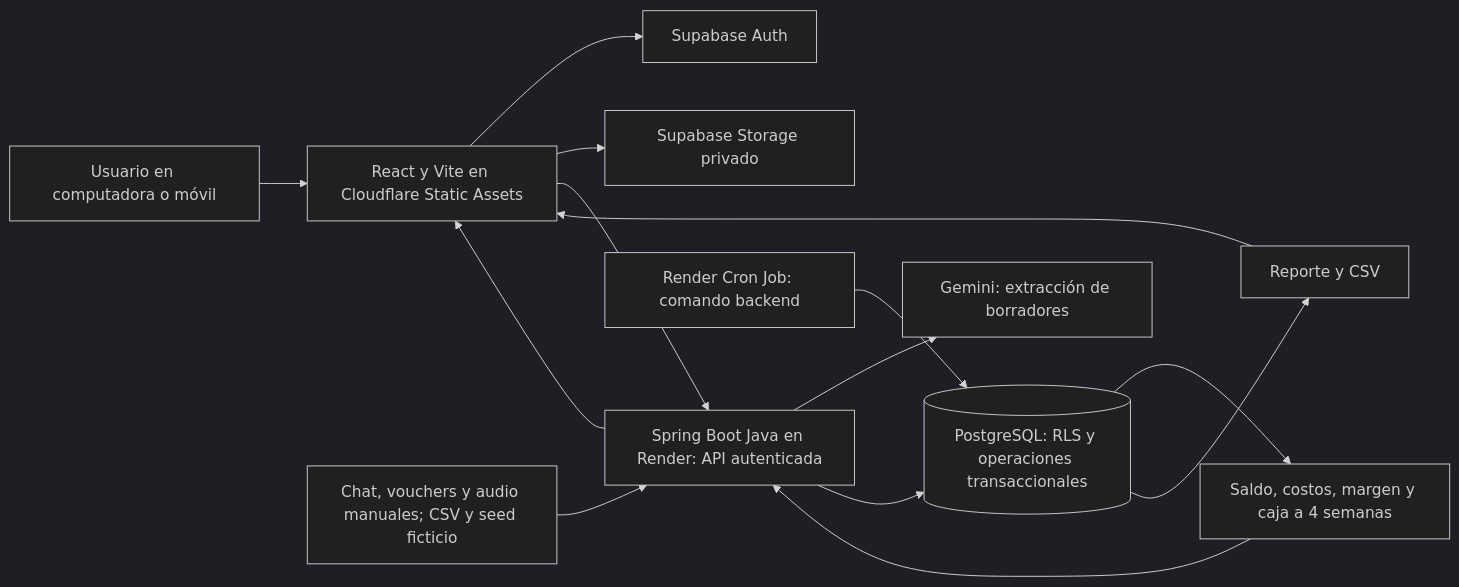
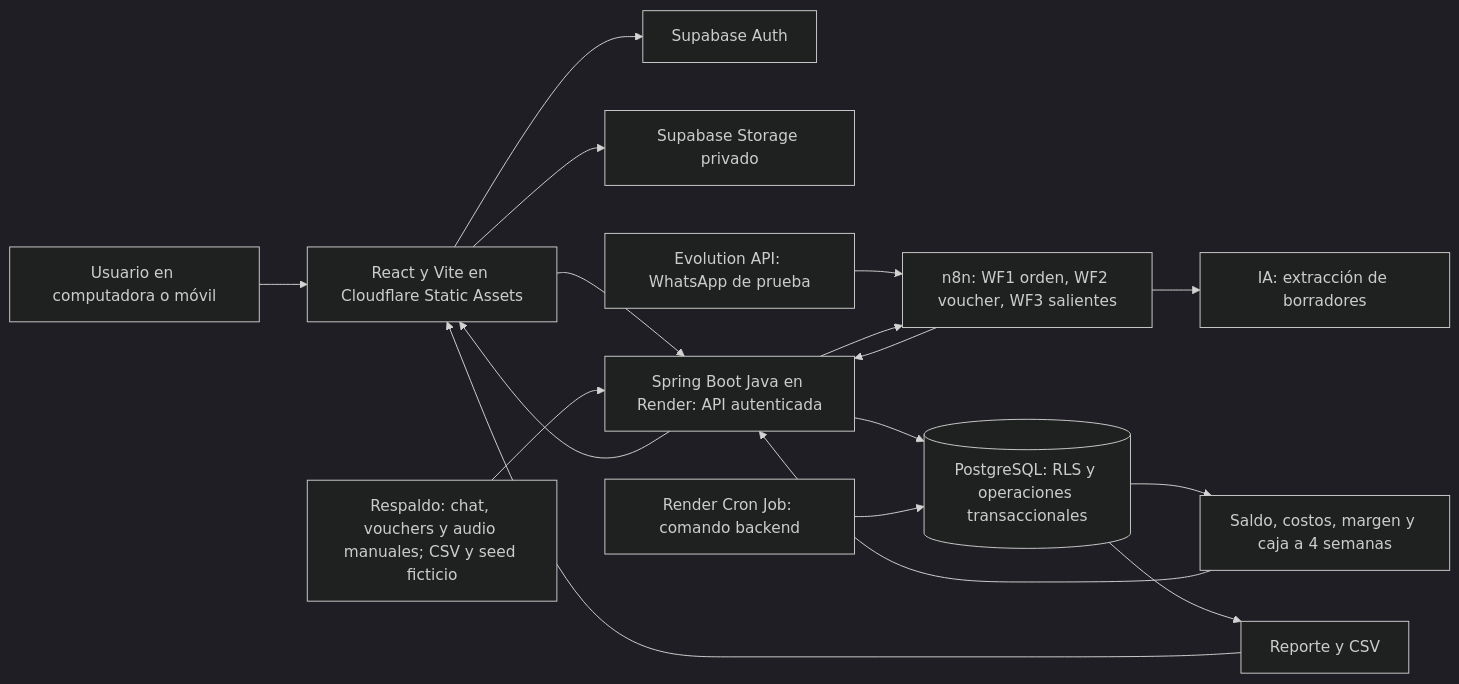
The diagram in cerebro/conocimientos/decisiones/infraestructura-desarrollo-mvp.md (rod14x/KeptAI), drawn with Mermaid (dark theme) before and after one commit. The commit also changed other lines of this file and 11 other files, not shown here.

First line of the commit message:
docs(cerebro): actores, flujos y DER fusionado; D-005 WhatsApp con n8n

````diff
--- a/cerebro/conocimientos/decisiones/infraestructura-desarrollo-mvp.md
+++ b/cerebro/conocimientos/decisiones/infraestructura-desarrollo-mvp.md
@@ -113,16 +115,19 @@
 ```mermaid
 flowchart LR
     U[Usuario en computadora o móvil] --> WEB[React y Vite en Cloudflare Static Assets]
     WEB --> AUTH[Supabase Auth]
     WEB --> FILE[Supabase Storage privado]
     WEB --> API[Spring Boot Java en Render: API autenticada]
-    API --> IA[Gemini: extracción de borradores]
+    WA[Evolution API: WhatsApp de prueba] --> N8N[n8n: WF1 orden, WF2 voucher, WF3 salientes]
+    N8N --> IA[IA: extracción de borradores]
+    N8N --> API
+    API --> N8N
     API --> DB[(PostgreSQL: RLS y operaciones transaccionales)]
     DB --> RULES[Saldo, costos, margen y caja a 4 semanas]
     RULES --> API
     API --> WEB
     CRON[Render Cron Job: comando backend] --> DB
     DB --> REPORT[Reporte y CSV]
     REPORT --> WEB
-    INPUT[Chat, vouchers y audio manuales; CSV y seed ficticio] --> API
+    INPUT[Respaldo: chat, vouchers y audio manuales; CSV y seed ficticio] --> API
 ```
````
